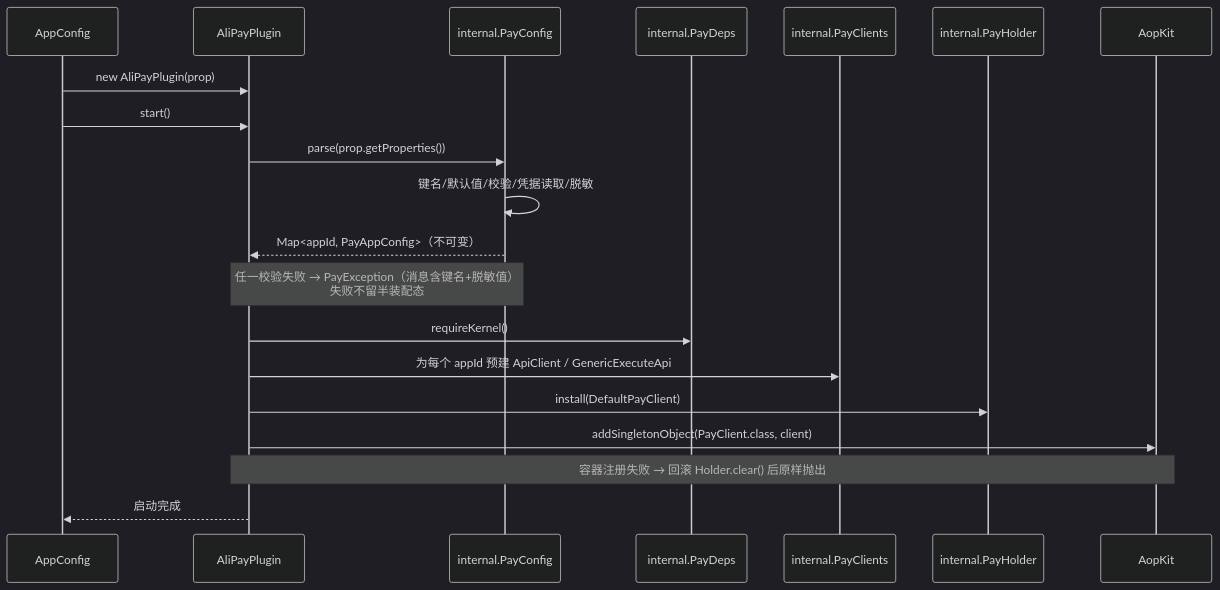
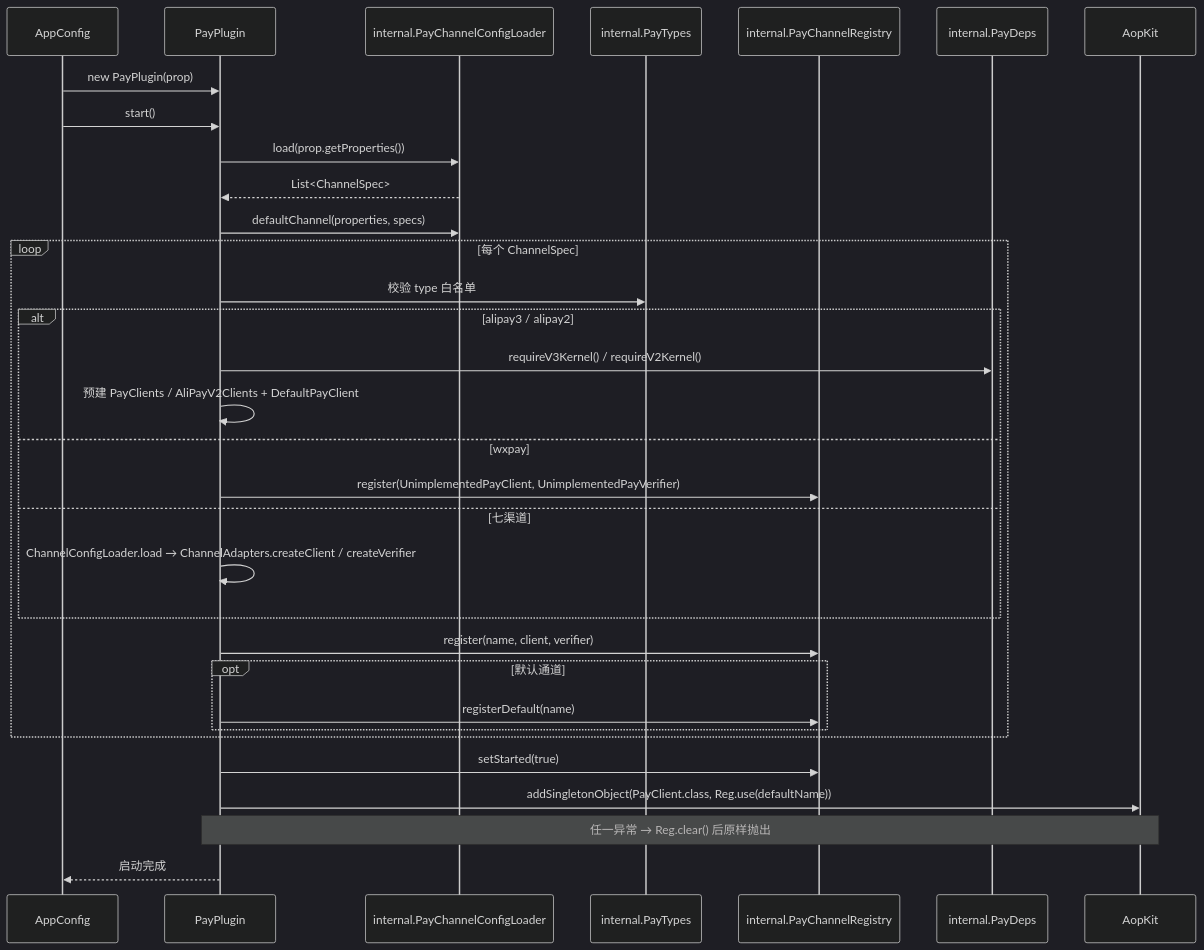
Before and after one commit to gollyhu/aifei-eco-modules: the first of 4 diagrams in aifei-pay/docs/design.md, drawn with Mermaid (dark theme). The commit also changed other lines of this file, not shown here.

Commit message:
docs: aifei-pay 设计文档同步多通道重构，公共面统一为 Pay* 命名并新增 PayNotifyRequest 入参、spi.PayNotify 验签结果，七渠道口径并入 V2

````diff
--- a/aifei-pay/docs/design.md
+++ b/aifei-pay/docs/design.md
@@ -1218,23 +1223,35 @@
 ```mermaid
 sequenceDiagram
     participant App as AppConfig
-    participant Plugin as AliPayPlugin
-    participant Cfg as internal.PayConfig
+    participant Plugin as PayPlugin
+    participant Loader as internal.PayChannelConfigLoader
+    participant Types as internal.PayTypes
+    participant Reg as internal.PayChannelRegistry
     participant Deps as internal.PayDeps
-    participant Cli as internal.PayClients
-    participant Holder as internal.PayHolder
     participant Aop as AopKit
 
-    App->>Plugin: new AliPayPlugin(prop)
+    App->>Plugin: new PayPlugin(prop)
     App->>Plugin: start()
-    Plugin->>Cfg: parse(prop.getProperties())
-    Cfg->>Cfg: 键名/默认值/校验/凭据读取/脱敏
-    Cfg-->>Plugin: Map<appId, PayAppConfig>（不可变）
-    Note over Cfg,Plugin: 任一校验失败 → PayException（消息含键名+脱敏值）<br/>失败不留半装配态
-    Plugin->>Deps: requireKernel()
-    Plugin->>Cli: 为每个 appId 预建 ApiClient / GenericExecuteApi
-    Plugin->>Holder: install(DefaultPayClient)
-    Plugin->>Aop: addSingletonObject(PayClient.class, client)
-    Note over Plugin,Aop: 容器注册失败 → 回滚 Holder.clear() 后原样抛出
+    Plugin->>Loader: load(prop.getProperties())
+    Loader-->>Plugin: List<ChannelSpec>
+    Plugin->>Loader: defaultChannel(properties, specs)
+    loop 每个 ChannelSpec
+        Plugin->>Types: 校验 type 白名单
+        alt alipay3 / alipay2
+            Plugin->>Deps: requireV3Kernel() / requireV2Kernel()
+            Plugin->>Plugin: 预建 PayClients / AliPayV2Clients + DefaultPayClient
+        else wxpay
+            Plugin->>Reg: register(UnimplementedPayClient, UnimplementedPayVerifier)
+        else 七渠道
+            Plugin->>Plugin: ChannelConfigLoader.load → ChannelAdapters.createClient / createVerifier
+        end
+        Plugin->>Reg: register(name, client, verifier)
+        opt 默认通道
+            Plugin->>Reg: registerDefault(name)
+        end
+    end
+    Plugin->>Reg: setStarted(true)
+    Plugin->>Aop: addSingletonObject(PayClient.class, Reg.use(defaultName))
+    Note over Plugin,Aop: 任一异常 → Reg.clear() 后原样抛出
     Plugin-->>App: 启动完成
 ```
````
